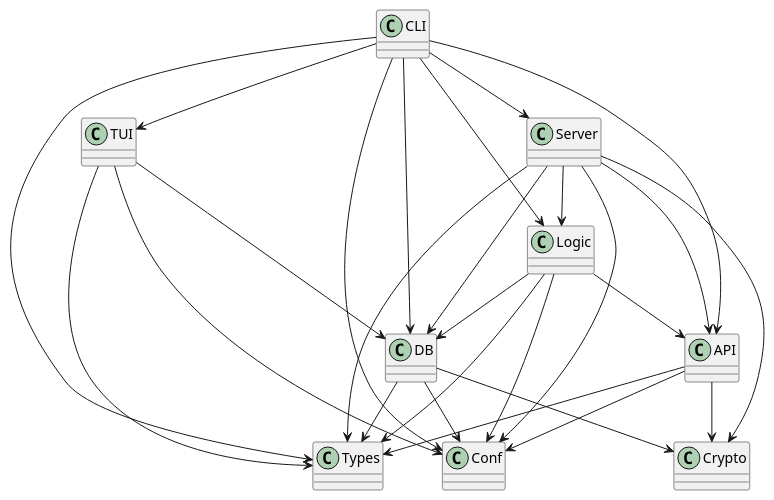
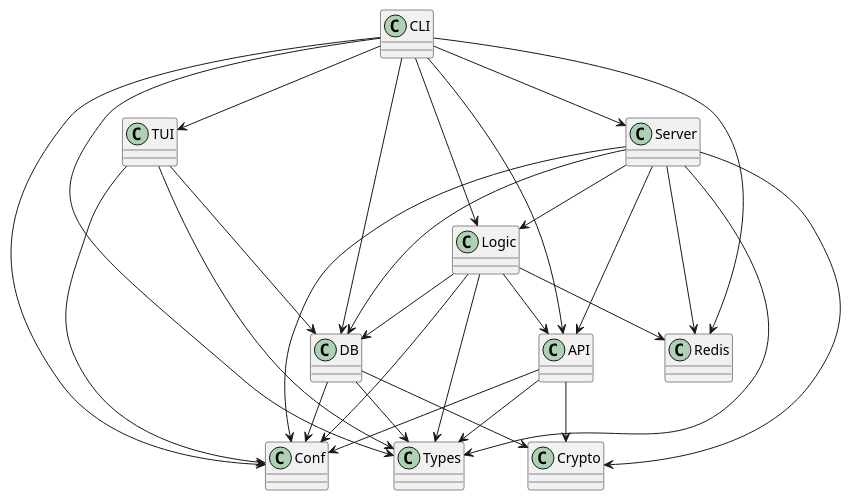
The diagram in docs/crates.plantuml (sharingcloud/github-scbot), drawn with PlantUML before and after one commit. The commit also changed 1 other file, not shown here.

```diff
--- a/docs/crates.plantuml
+++ b/docs/crates.plantuml
@@ -1,44 +1,48 @@
 @startuml Crates dependencies
 
 class CLI
 class Conf
 class DB
 class Logic
+class Redis
 class Server
 class TUI
 class Types
 class Crypto
 
 CLI --> API
 CLI --> Conf
 CLI --> DB
 CLI --> Logic
 CLI --> Server
 CLI --> TUI
 CLI --> Types
+CLI --> Redis
 
 API --> Conf
 API --> Crypto
 API --> Types
 
 DB --> Conf
 DB --> Crypto
 DB --> Types
 
 Logic --> API
 Logic --> Conf
 Logic --> DB
 Logic --> Types
+Logic --> Redis
 
 Server --> API
 Server --> Conf
 Server --> Crypto
 Server --> Types
 Server --> DB
 Server --> Logic
+Server --> Redis
 
 TUI --> Conf
 TUI -> Types
 TUI --> DB
 
 @enduml
```
